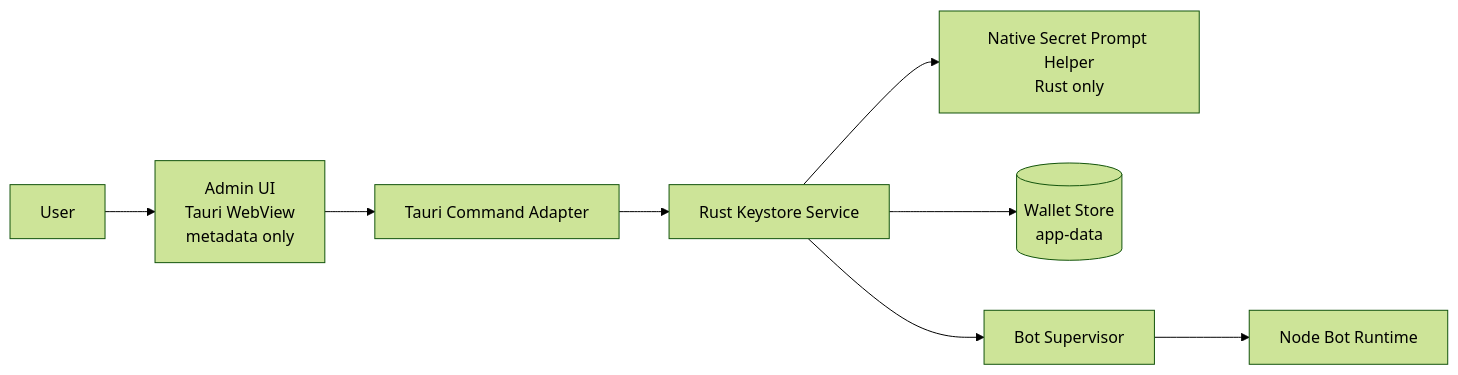
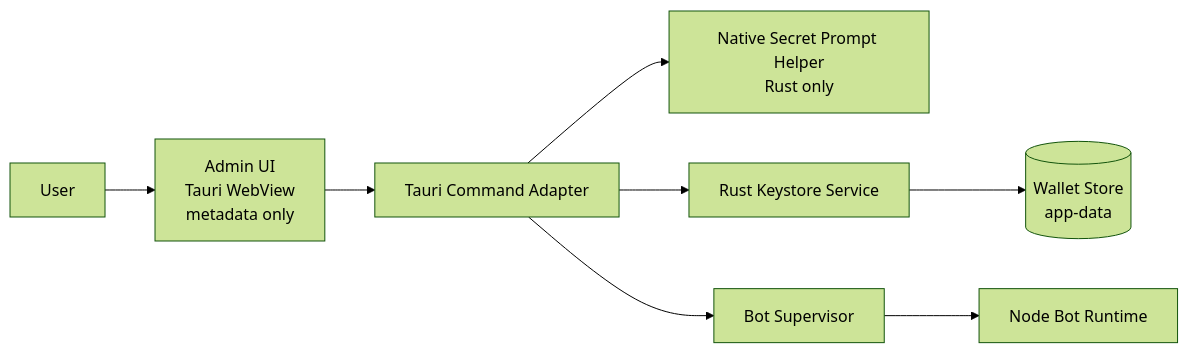
Before and after one commit to d347h-eth/artgod: the first of 5 diagrams in docs/desktop/03-wallet-keystore-and-bot-unlock.md, drawn with Mermaid (forest theme). The commit also changed other lines of this file and 17 other files, not shown here.

````diff
--- a/docs/desktop/03-wallet-keystore-and-bot-unlock.md
+++ b/docs/desktop/03-wallet-keystore-and-bot-unlock.md
@@ -262,19 +269,19 @@
 ```mermaid
 flowchart LR
     U[User]
     W[Admin UI<br/>Tauri WebView<br/>metadata only]
     C[Tauri Command Adapter]
     P[Native Secret Prompt Helper<br/>Rust only]
     K[Rust Keystore Service]
     S[(Wallet Store<br/>app-data)]
     B[Bot Supervisor]
     N[Node Bot Runtime]
 
     U --> W
     W --> C
+    C --> P
     C --> K
-    K --> P
     K --> S
-    K --> B
+    C --> B
     B --> N
 ```
````
